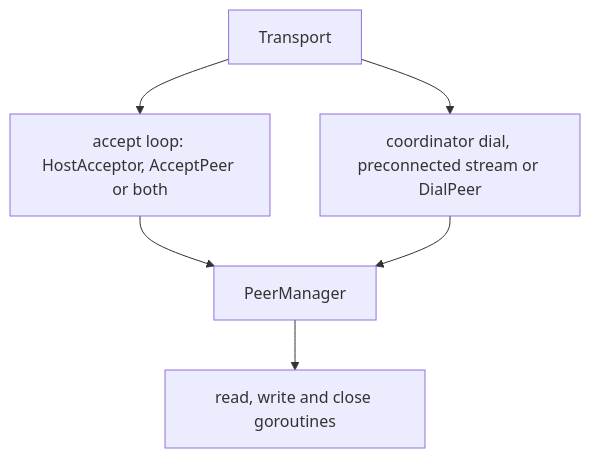
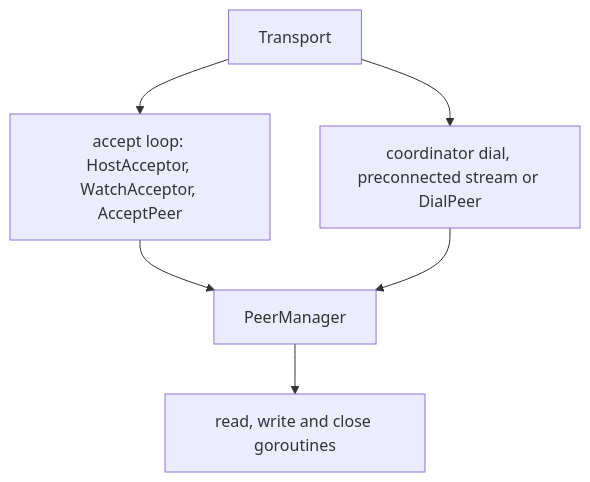
Before and after one commit to lixenwraith/vif: the third of 3 diagrams in doc/services-and-networking.md, drawn with Mermaid. The commit also changed other lines of this file and 173 other files, not shown here.

````diff
--- a/doc/services-and-networking.md
+++ b/doc/services-and-networking.md
@@ -244,8 +244,8 @@
 ```mermaid
 flowchart TD
-    Transport["Transport"] --> Listener["accept loop: HostAcceptor, AcceptPeer or both"]
+    Transport["Transport"] --> Listener["accept loop: HostAcceptor, WatchAcceptor, AcceptPeer"]
     Transport --> Dial["coordinator dial, preconnected stream or DialPeer"]
     Listener --> Manager["PeerManager"]
     Dial --> Manager
     Manager --> Peer["read, write and close goroutines"]
 ```
````
